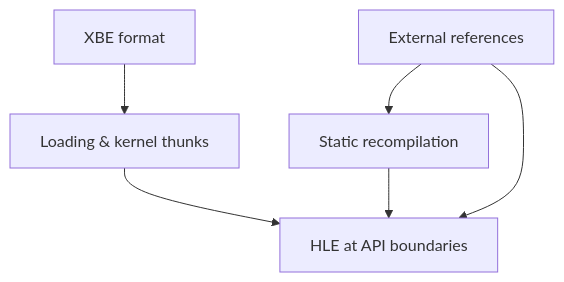
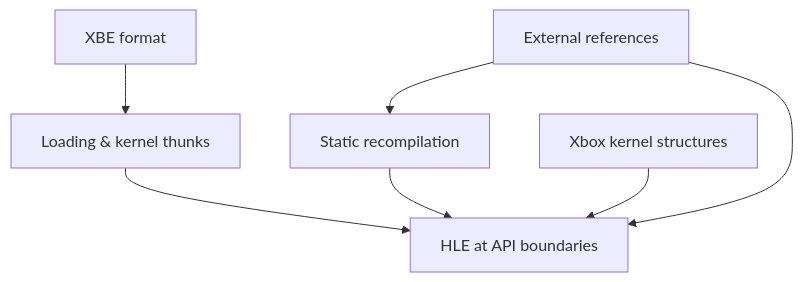
Before and after one commit to nworkers/reJSRF: the diagram in docs/kb/README.md, drawn with Mermaid. The commit also changed other lines of this file and 51 other files, not shown here.

First line of the commit message:
Kernel HLE: boot through XAPI init to D3D8's first GPU access (#3)

````diff
--- a/docs/kb/README.md
+++ b/docs/kb/README.md
@@ -5,8 +5,9 @@
 ```mermaid
 flowchart TD
     XBE["XBE format"] --> LOAD["Loading & kernel thunks"]
     RECOMP["Static recompilation"] --> HLE["HLE at API boundaries"]
     LOAD --> HLE
     REFS["External references"] --> RECOMP
     REFS --> HLE
+    KSTRUCT["Xbox kernel structures"] --> HLE
 ```
````
